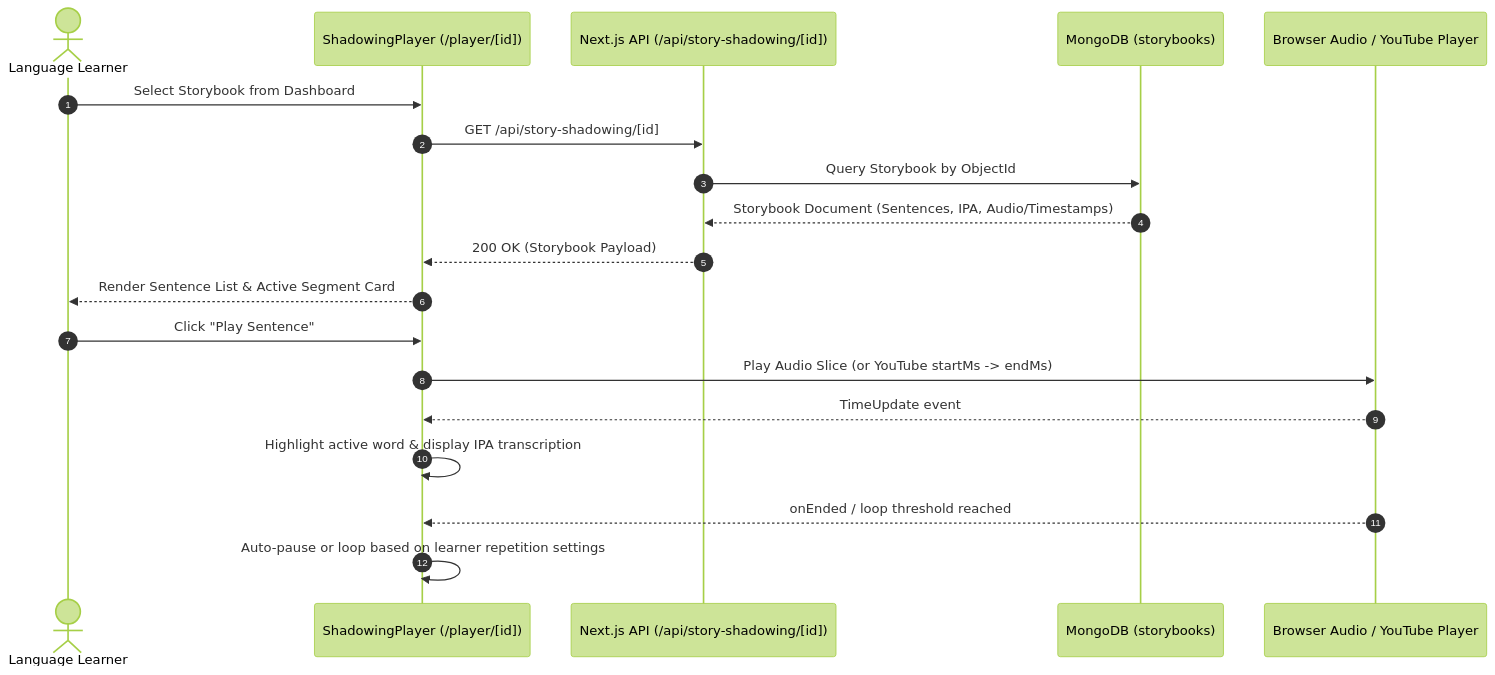
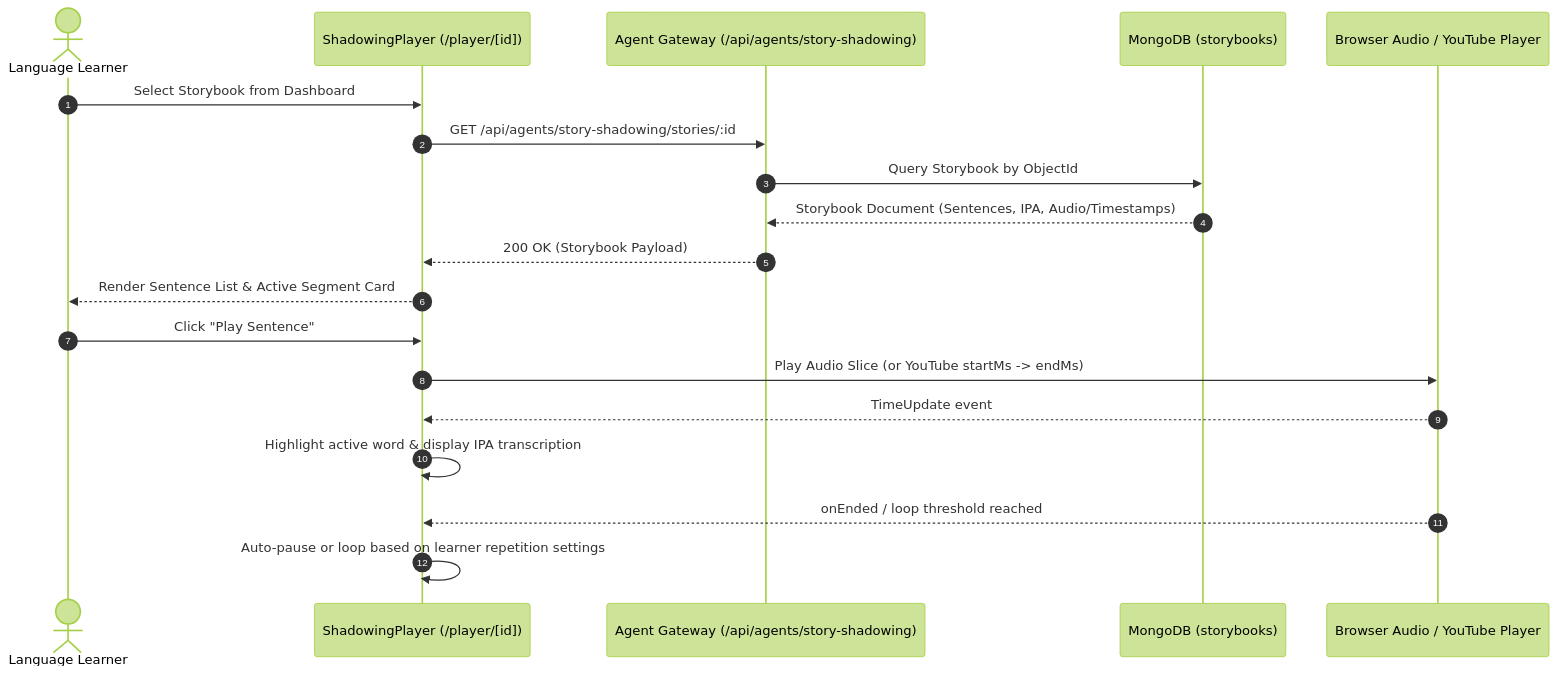
Before and after one commit to vuanhtu1993/aha-opta: the first of 2 diagrams in requirements/modules/story-shadowing/spec.md, drawn with Mermaid (forest theme). The commit also changed other lines of this file and 5 other files, not shown here.

Commit message:
docs(story-shadowing): update specifications and implementation plan for v2 agent integration

````diff
--- a/requirements/modules/story-shadowing/spec.md
+++ b/requirements/modules/story-shadowing/spec.md
@@ -46,23 +48,23 @@
 ```mermaid
 sequenceDiagram
     autonumber
     actor Learner as Language Learner
     participant UI as ShadowingPlayer (/player/[id])
-    participant API as Next.js API (/api/story-shadowing/[id])
+    participant GW as Agent Gateway (/api/agents/story-shadowing)
     participant DB as MongoDB (storybooks)
     participant Audio as Browser Audio / YouTube Player
 
     Learner->>UI: Select Storybook from Dashboard
-    UI->>API: GET /api/story-shadowing/[id]
-    API->>DB: Query Storybook by ObjectId
-    DB-->>API: Storybook Document (Sentences, IPA, Audio/Timestamps)
-    API-->>UI: 200 OK (Storybook Payload)
+    UI->>GW: GET /api/agents/story-shadowing/stories/:id
+    GW->>DB: Query Storybook by ObjectId
+    DB-->>GW: Storybook Document (Sentences, IPA, Audio/Timestamps)
+    GW-->>UI: 200 OK (Storybook Payload)
     UI-->>Learner: Render Sentence List & Active Segment Card
 
     Learner->>UI: Click "Play Sentence"
     UI->>Audio: Play Audio Slice (or YouTube startMs -> endMs)
     Audio-->>UI: TimeUpdate event
     UI->>UI: Highlight active word & display IPA transcription
     Audio-->>UI: onEnded / loop threshold reached
     UI->>UI: Auto-pause or loop based on learner repetition settings
 ```
````
